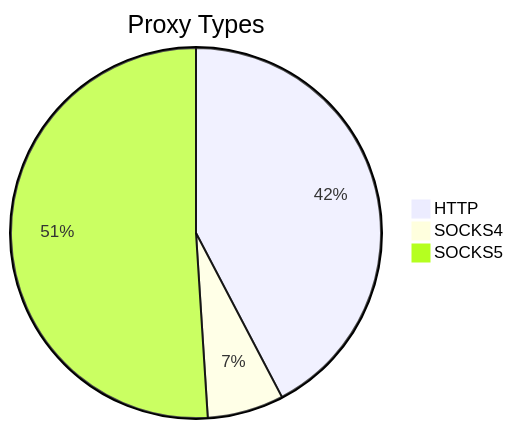
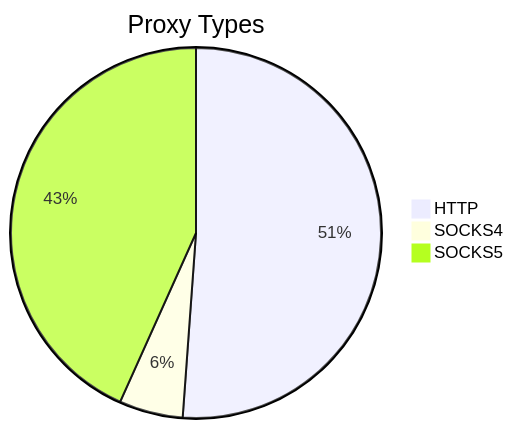
One commit to stormsia/proxy-list changed the first of 2 diagrams in README.md. Above: the diagram before and after it, drawn with Mermaid. The commit also changed other lines of this file, not shown here.

````diff
--- a/README.md
+++ b/README.md
@@ -21,6 +21,6 @@
 ```mermaid
 pie title Proxy Types
-    "HTTP" : 146
-    "SOCKS4" : 23
-    "SOCKS5" : 176
+    "HTTP" : 156
+    "SOCKS4" : 17
+    "SOCKS5" : 132
 ```
````
